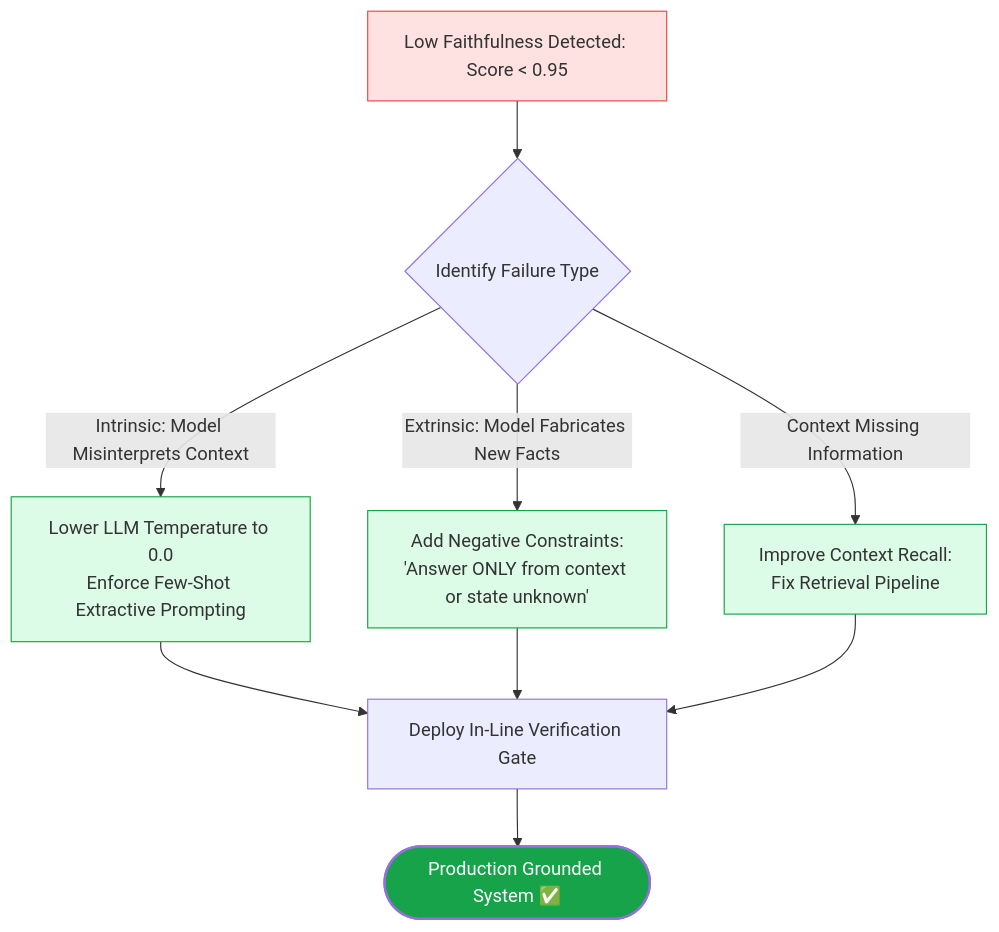
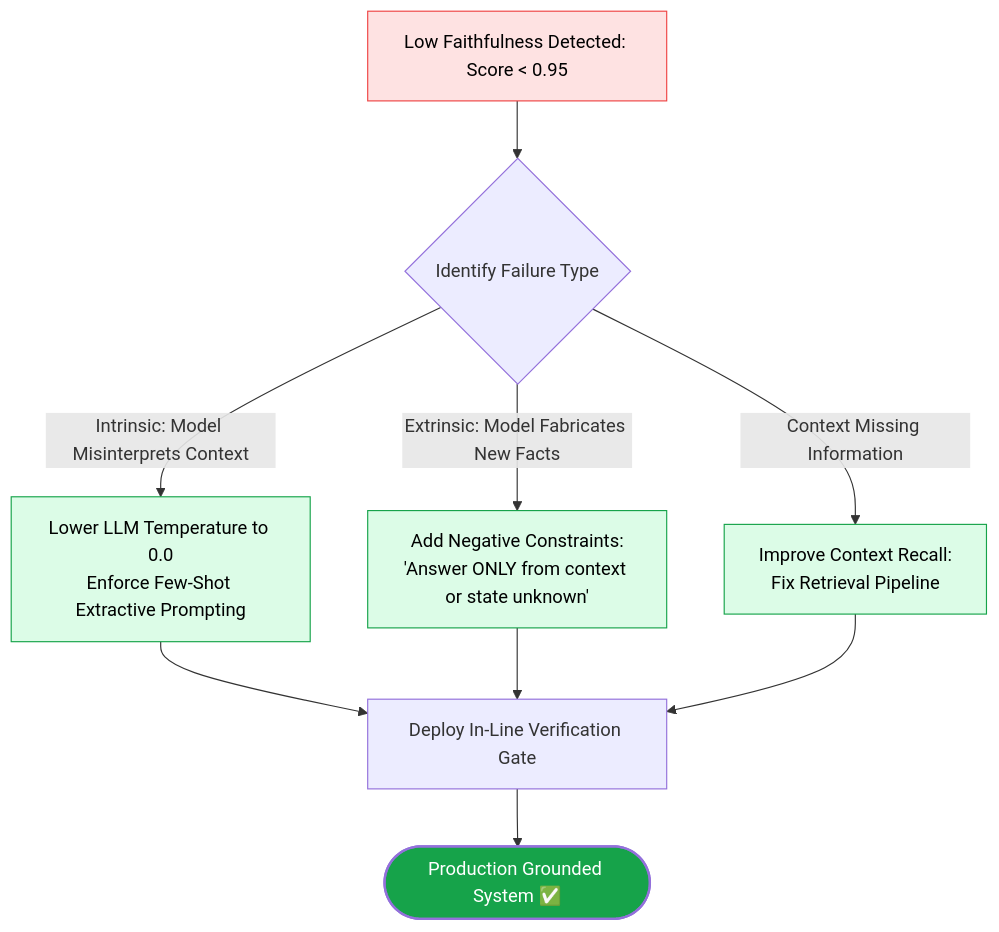
The third of 3 diagrams in 08-RAG-Evaluation-and-Optimization/Faithfulness.md (swapnil3104/RAG-Engineering), drawn with Mermaid before and after one commit. The commit also changed other lines of this file and 108 other files, not shown here.

Commit message:
fix: make chart text visible across all Mermaid diagrams and resolve markdown table formatting issues

````diff
--- a/08-RAG-Evaluation-and-Optimization/Faithfulness.md
+++ b/08-RAG-Evaluation-and-Optimization/Faithfulness.md
@@ -406,19 +406,19 @@
 ```mermaid
 flowchart TD
     Detect[Low Faithfulness Detected: Score < 0.95] --> Analyze{"Identify Failure Type"}
 
     Analyze -->|"Intrinsic: Model Misinterprets Context"| Fix1["Lower LLM Temperature to 0.0<br/>Enforce Few-Shot Extractive Prompting"]
     Analyze -->|"Extrinsic: Model Fabricates New Facts"| Fix2["Add Negative Constraints:<br/>'Answer ONLY from context or state unknown'"]
     Analyze -->|"Context Missing Information"| Fix3["Improve Context Recall:<br/>Fix Retrieval Pipeline"]
 
     Fix1 --> Gate["Deploy In-Line Verification Gate"]
     Fix2 --> Gate
     Fix3 --> Gate
     Gate --> Verified([Production Grounded System ✅])
 
-    style Detect fill:#fee2e2,stroke:#ef4444
-    style Fix1 fill:#dcfce7,stroke:#16a34a
-    style Fix2 fill:#dcfce7,stroke:#16a34a
-    style Fix3 fill:#dcfce7,stroke:#16a34a
+    style Detect fill:#fee2e2,stroke:#ef4444,color:#000000
+    style Fix1 fill:#dcfce7,stroke:#16a34a,color:#000000
+    style Fix2 fill:#dcfce7,stroke:#16a34a,color:#000000
+    style Fix3 fill:#dcfce7,stroke:#16a34a,color:#000000
     style Verified fill:#16a34a,color:#ffffff,stroke-width:2px
 ```
````
